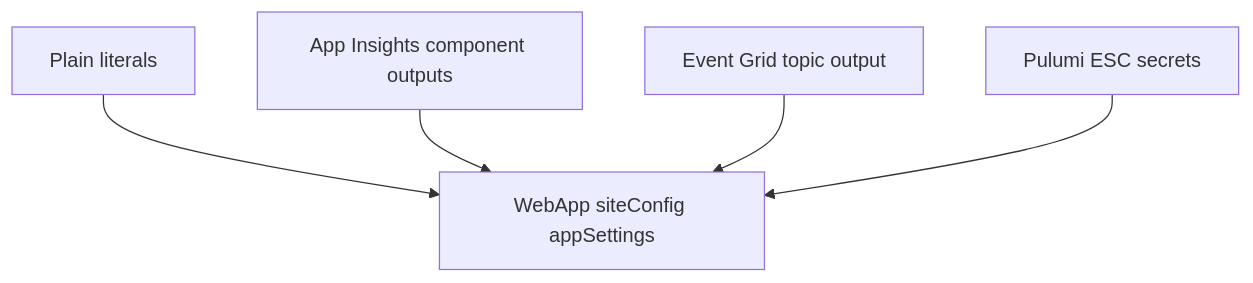
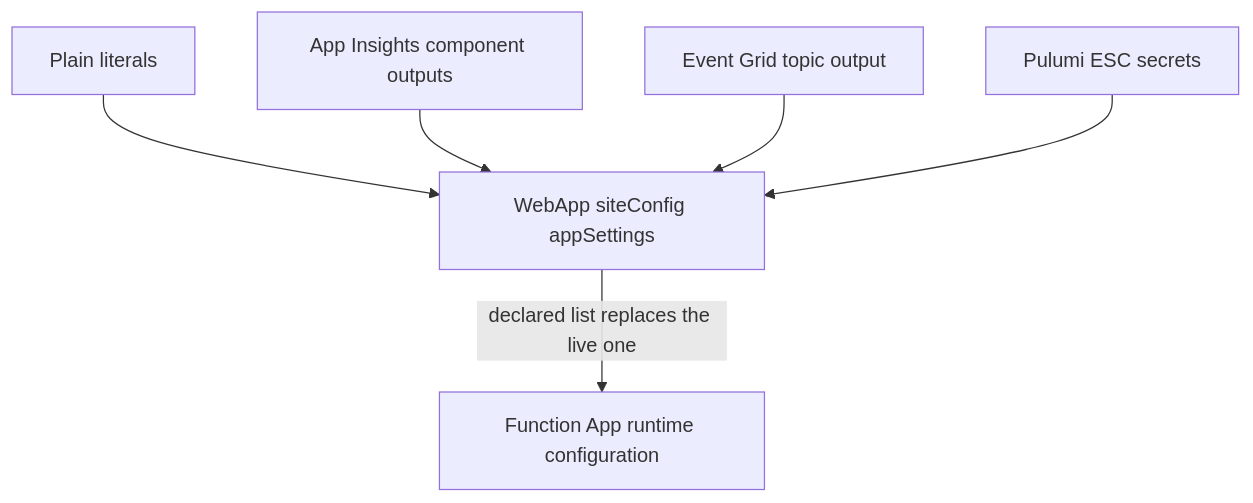
The diagram in packages/app/content/docs/infra/pulumi-source-of-truth.md (Esposter/Esposter), drawn with Mermaid before and after one commit. The commit also changed other lines of this file and 46 other files, not shown here.

````diff
--- a/packages/app/content/docs/infra/pulumi-source-of-truth.md
+++ b/packages/app/content/docs/infra/pulumi-source-of-truth.md
@@ -18,7 +18,8 @@
 ```mermaid
 flowchart TD
   literal[Plain literals] --> app[WebApp siteConfig appSettings]
   appi[App Insights component outputs] --> app
   topic[Event Grid topic output] --> app
   esc[Pulumi ESC secrets] --> app
+  app -->|declared list replaces the live one| live[Function App runtime configuration]
 ```
````
